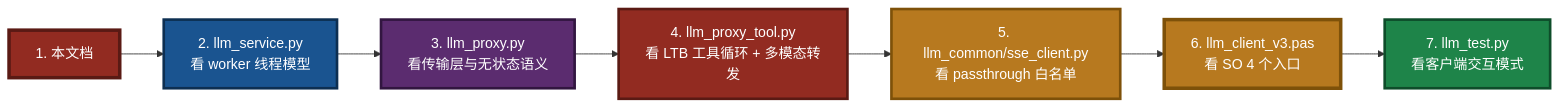
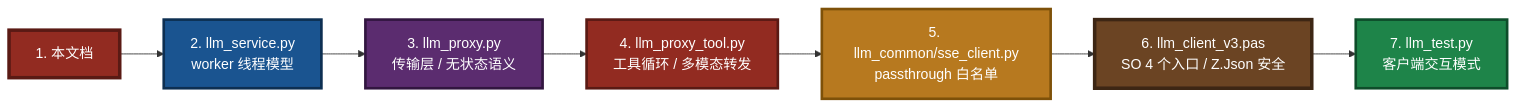
Before and after one commit to PassByYou888/LingoFuse-pasAgent-v3: diagram 16 of 16 in src/LingoFuse_LLM_Pitfalls_For_AI.md, drawn with Mermaid. The commit also changed other lines of this file, not shown here.

````diff
--- a/src/LingoFuse_LLM_Pitfalls_For_AI.md
+++ b/src/LingoFuse_LLM_Pitfalls_For_AI.md
@@ -2743,17 +1364,17 @@
 ```mermaid
 flowchart LR
-    R1["1. 本文档"] --> R2["2. llm_service.py<br/>看 worker 线程模型"]
-    R2 --> R3["3. llm_proxy.py<br/>看传输层与无状态语义"]
-    R3 --> R4["4. llm_proxy_tool.py<br/>看 LTB 工具循环 + 多模态转发"]
-    R4 --> R5["5. llm_common/sse_client.py<br/>看 passthrough 白名单"]
-    R5 --> R6["6. llm_client_v3.pas<br/>看 SO 4 个入口"]
-    R6 --> R7["7. llm_test.py<br/>看客户端交互模式"]
+    R1["1. 本文档"] --> R2["2. llm_service.py<br/>worker 线程模型"]
+    R2 --> R3["3. llm_proxy.py<br/>传输层 / 无状态语义"]
+    R3 --> R4["4. llm_proxy_tool.py<br/>工具循环 / 多模态转发"]
+    R4 --> R5["5. llm_common/sse_client.py<br/>passthrough 白名单"]
+    R5 --> R6["6. llm_client_v3.pas<br/>SO 4 个入口 / Z.Json 安全"]
+    R6 --> R7["7. llm_test.py<br/>客户端交互模式"]
 
     style R1 fill:#922B21,stroke:#5A1A14,stroke-width:4px,color:#FFFFFF
     style R2 fill:#1A5490,stroke:#0D2F52,stroke-width:3px,color:#FFFFFF
     style R3 fill:#5B2C6F,stroke:#321640,stroke-width:3px,color:#FFFFFF
     style R4 fill:#922B21,stroke:#5A1A14,stroke-width:3px,color:#FFFFFF
     style R5 fill:#B7791F,stroke:#7E5109,stroke-width:3px,color:#FFFFFF
-    style R6 fill:#B7791F,stroke:#7E5109,stroke-width:4px,color:#FFFFFF
+    style R6 fill:#6B4423,stroke:#3D2614,stroke-width:4px,color:#FFFFFF
     style R7 fill:#1E8449,stroke:#0E4D2A,stroke-width:3px,color:#FFFFFF
 ```
````
